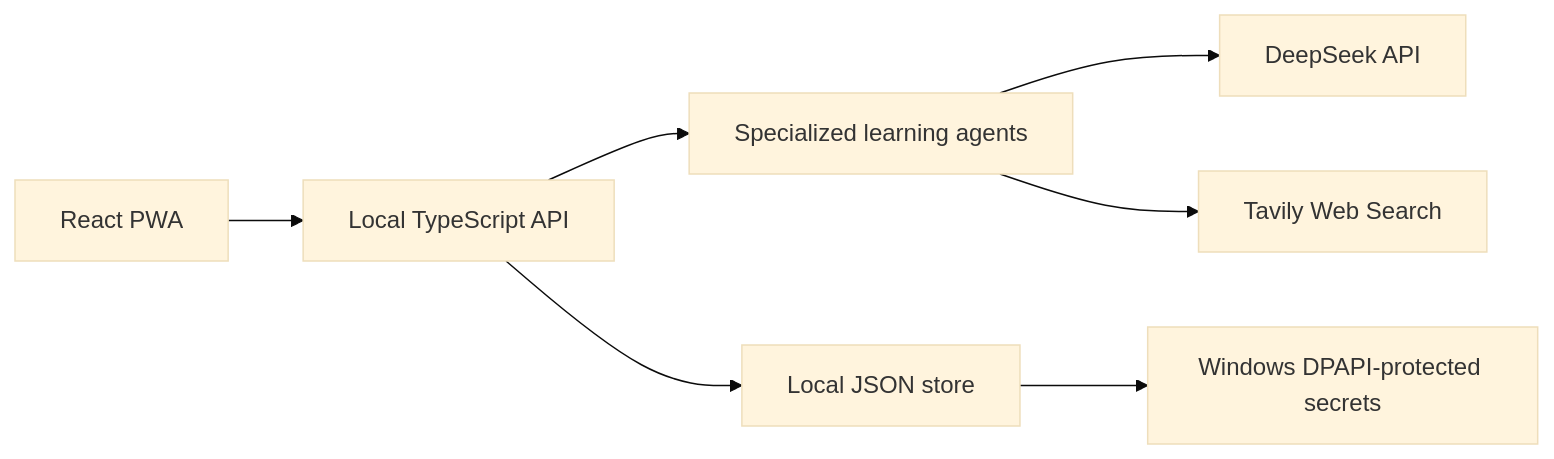
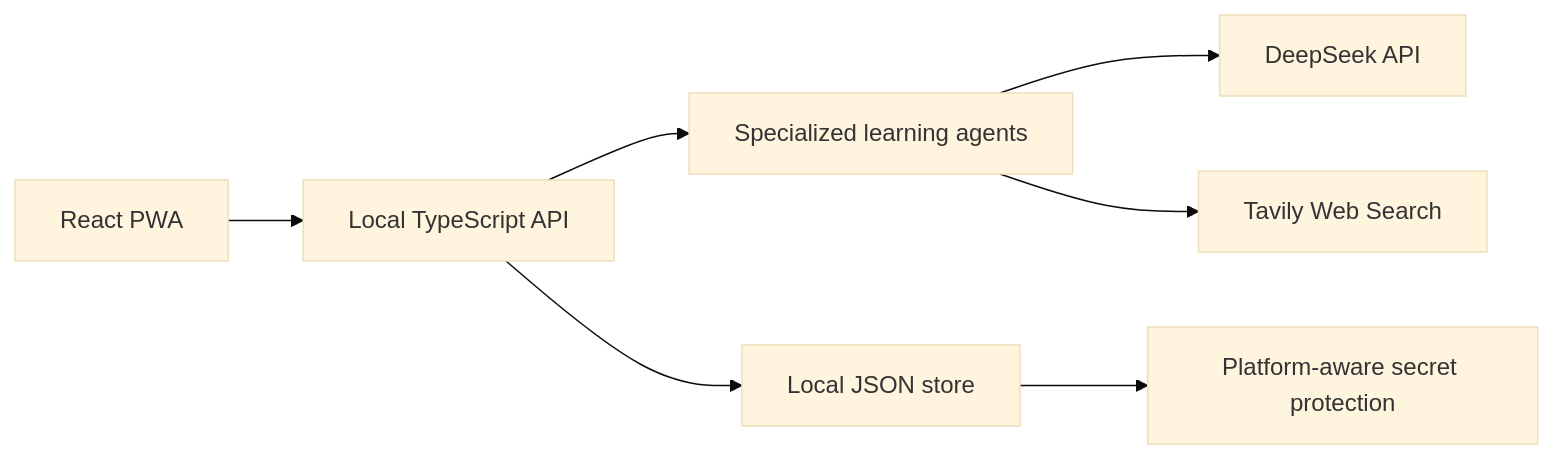
One commit to civilization-os/learning-studio changed the diagram in README.md. Above: the diagram before and after it, drawn with Mermaid (base theme). The commit also changed other lines of this file and 27 other files, not shown here.

````diff
--- a/README.md
+++ b/README.md
@@ -38,9 +38,9 @@
 ```mermaid
 flowchart LR
     UI["React PWA"] --> API["Local TypeScript API"]
     API --> Agents["Specialized learning agents"]
     Agents --> DeepSeek["DeepSeek API"]
     Agents --> Search["Tavily Web Search"]
     API --> Store["Local JSON store"]
-    Store --> DPAPI["Windows DPAPI-protected secrets"]
+    Store --> Secrets["Platform-aware secret protection"]
 ```
````
